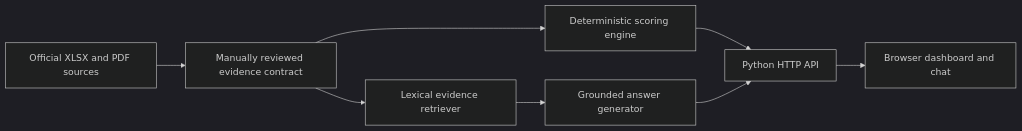
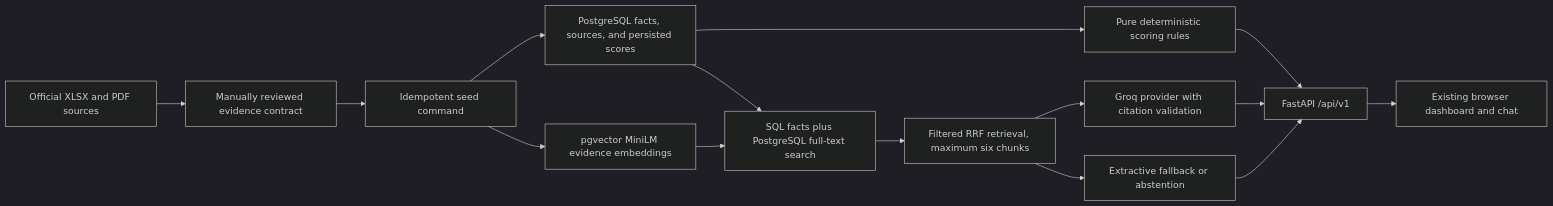
One commit to HassanSardar525/GPIS changed the diagram in docs/ARCHITECTURE.md. Above: the diagram before and after it, drawn with Mermaid (dark theme). The commit also changed other lines of this file and 47 other files, not shown here.

Commit message:
Build architecture-first GPIS RAG backend

````diff
--- a/docs/ARCHITECTURE.md
+++ b/docs/ARCHITECTURE.md
@@ -5,10 +5,17 @@
 ```mermaid
 flowchart LR
     S["Official XLSX and PDF sources"] --> C["Manually reviewed evidence contract"]
-    C --> E["Deterministic scoring engine"]
-    C --> R["Lexical evidence retriever"]
-    E --> A["Python HTTP API"]
-    R --> G["Grounded answer generator"]
+    C --> D["Idempotent seed command"]
+    D --> P["PostgreSQL facts, sources, and persisted scores"]
+    D --> V["pgvector MiniLM evidence embeddings"]
+    P --> E["Pure deterministic scoring rules"]
+    P --> H["SQL facts plus PostgreSQL full-text search"]
+    V --> H
+    H --> R["Filtered RRF retrieval, maximum six chunks"]
+    R --> G["Groq provider with citation validation"]
+    R --> F["Extractive fallback or abstention"]
+    E --> A["FastAPI /api/v1"]
     G --> A
-    A --> U["Browser dashboard and chat"]
+    F --> A
+    A --> U["Existing browser dashboard and chat"]
 ```
````
